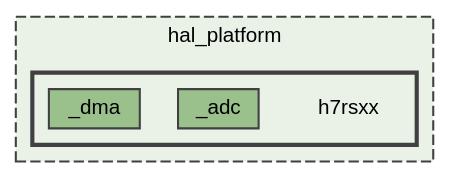
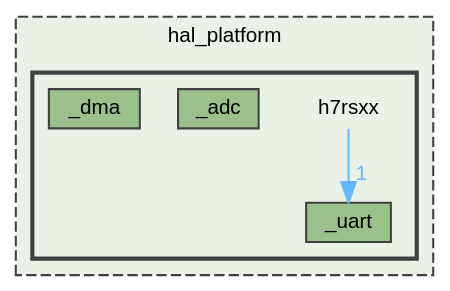
One commit to ebs-universe/piolib-hal-uc-stm32 changed the diagram in dir_ecba37078b2646ad8615f0f92eab48bb_dep.dot. Above: the diagram before and after it, drawn with Graphviz. The commit also changed 403 other files, not shown here.

```diff
--- a/dir_ecba37078b2646ad8615f0f92eab48bb_dep.dot
+++ b/dir_ecba37078b2646ad8615f0f92eab48bb_dep.dot
@@ -1,18 +1,20 @@
 digraph "hal_platform/h7rsxx"
 {
  // INTERACTIVE_SVG=YES
  // LATEX_PDF_SIZE
   bgcolor="transparent";
   edge [fontname=Helvetica,fontsize=10,labelfontname=Helvetica,labelfontsize=10];
   node [fontname=Helvetica,fontsize=10,shape=box,height=0.2,width=0.4];
   compound=true
   subgraph clusterdir_7da9fa3e46f3496e22e0d53e72e5a458 {
     graph [ bgcolor="#eaf2e7", pencolor="grey25", label="hal_platform", fontname=Helvetica,fontsize=10 style="filled,dashed", URL="dir_7da9fa3e46f3496e22e0d53e72e5a458.html",tooltip=""]
   subgraph clusterdir_ecba37078b2646ad8615f0f92eab48bb {
     graph [ bgcolor="#eaf2e7", pencolor="grey25", label="", fontname=Helvetica,fontsize=10 style="filled,bold", URL="dir_ecba37078b2646ad8615f0f92eab48bb.html",tooltip=""]
     dir_ecba37078b2646ad8615f0f92eab48bb [shape=plaintext, label="h7rsxx"];
   dir_c86749a12d0b5f37729118ac0376c51e [label="_adc", fillcolor="#9ac18c", color="grey25", style="filled", URL="dir_c86749a12d0b5f37729118ac0376c51e.html",tooltip=""];
   dir_d15f750d2e50aa73cfdc2e6249ca3932 [label="_dma", fillcolor="#9ac18c", color="grey25", style="filled", URL="dir_d15f750d2e50aa73cfdc2e6249ca3932.html",tooltip=""];
+  dir_b778205a90b9dd96ba067acdbbc1e43b [label="_uart", fillcolor="#9ac18c", color="grey25", style="filled", URL="dir_b778205a90b9dd96ba067acdbbc1e43b.html",tooltip=""];
   }
   }
+  dir_ecba37078b2646ad8615f0f92eab48bb->dir_b778205a90b9dd96ba067acdbbc1e43b [headlabel="1", labeldistance=1.5 headhref="dir_000004_000002.html" href="dir_000004_000002.html" color="steelblue1" fontcolor="steelblue1"];
 }
```
